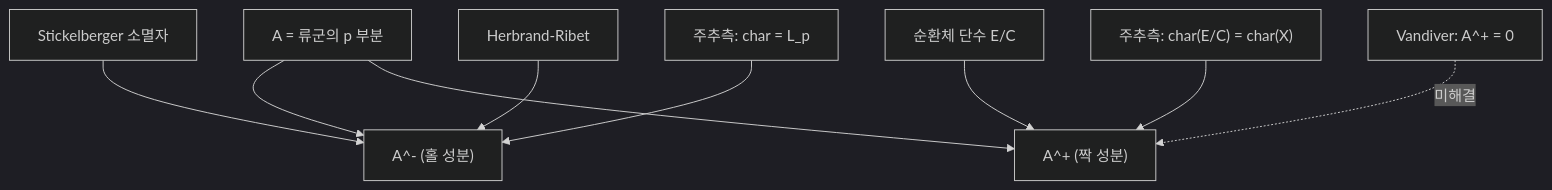
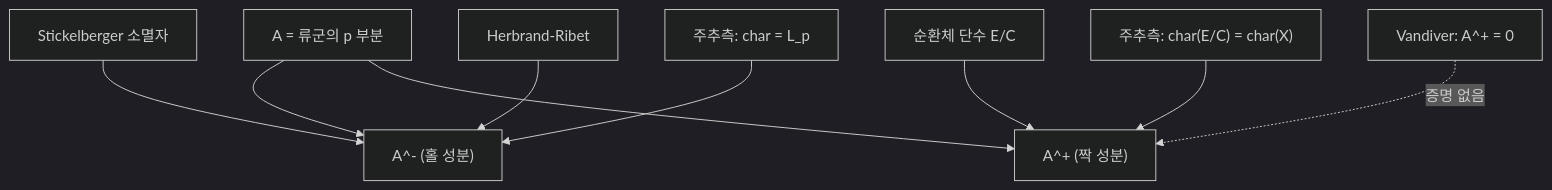
Before and after one commit to Phryxia/math-map: the diagram in docs/vandiver-conjecture.md, drawn with Mermaid (dark theme). The commit also changed other lines of this file, not shown here.

First line of the commit message:
cite Washington for the open status of the Vandiver conjecture

````diff
--- a/docs/vandiver-conjecture.md
+++ b/docs/vandiver-conjecture.md
@@ -61,11 +61,11 @@
 ```mermaid
 flowchart TD
   A["A = 류군의 p 부분"] --> AM["A^- (홀 성분)"]
   A --> AP["A^+ (짝 성분)"]
   ST["Stickelberger 소멸자"] --> AM
   HR["Herbrand-Ribet"] --> AM
   MC["주추측: char = L_p"] --> AM
   CU["순환체 단수 E/C"] --> AP
   MC2["주추측: char(E/C) = char(X)"] --> AP
-  VD["Vandiver: A^+ = 0"] -.->|"미해결"| AP
+  VD["Vandiver: A^+ = 0"] -.->|"증명 없음"| AP
 ```
````
